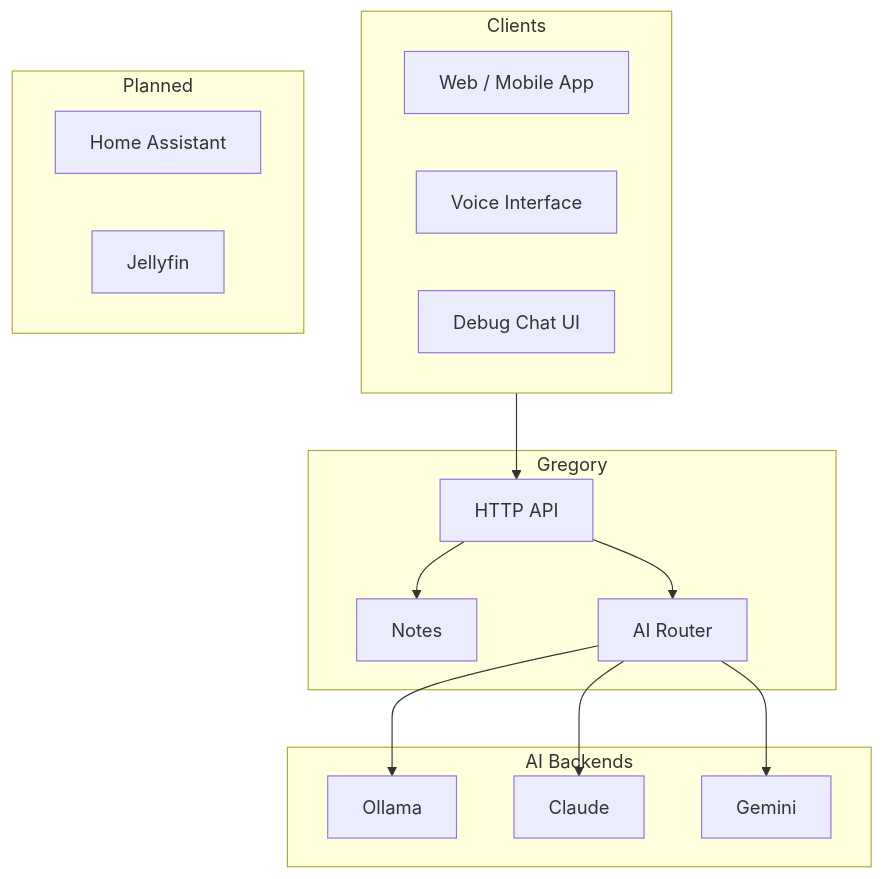
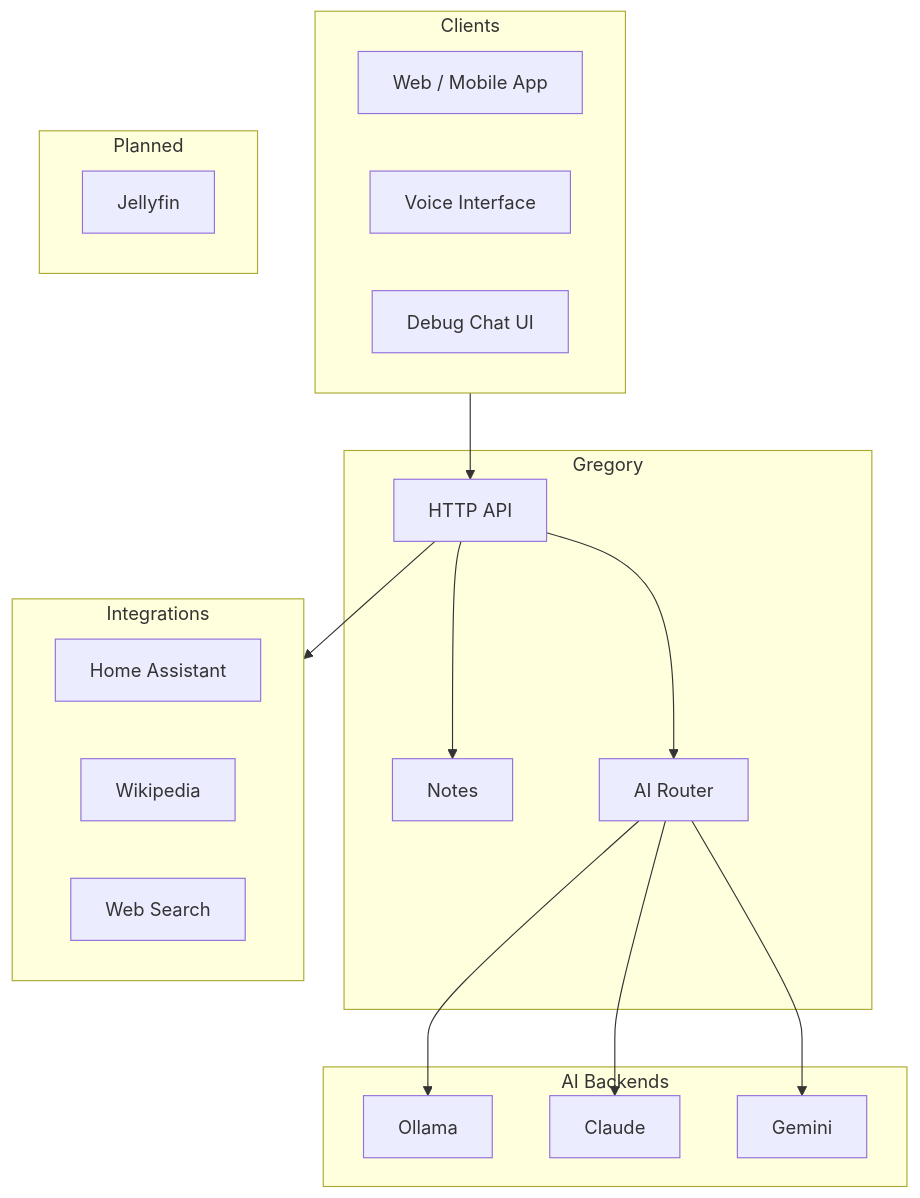
Before and after one commit to StevenGann/Gregory: the first of 2 diagrams in README.md, drawn with Mermaid. The commit also changed other lines of this file and 16 other files, not shown here.

````diff
--- a/README.md
+++ b/README.md
@@ -7,32 +7,38 @@
 ```mermaid
 flowchart TB
     subgraph clients [Clients]
         WebApp[Web / Mobile App]
         VoiceInterface[Voice Interface]
         DebugUI[Debug Chat UI]
     end
 
     subgraph gregory [Gregory]
         API[HTTP API]
         Notes[Notes]
         Router[AI Router]
     end
 
     subgraph ai [AI Backends]
         Ollama[Ollama]
         Claude[Claude]
         Gemini[Gemini]
     end
 
+    subgraph integrations [Integrations]
+        HA[Home Assistant]
+        Wiki[Wikipedia]
+        WebSearch[Web Search]
+    end
+
     subgraph future [Planned]
-        HA[Home Assistant]
         Jellyfin[Jellyfin]
     end
 
     clients --> API
     API --> Notes
     API --> Router
+    API --> integrations
     Router --> Ollama
     Router --> Claude
     Router --> Gemini
 ```
````
